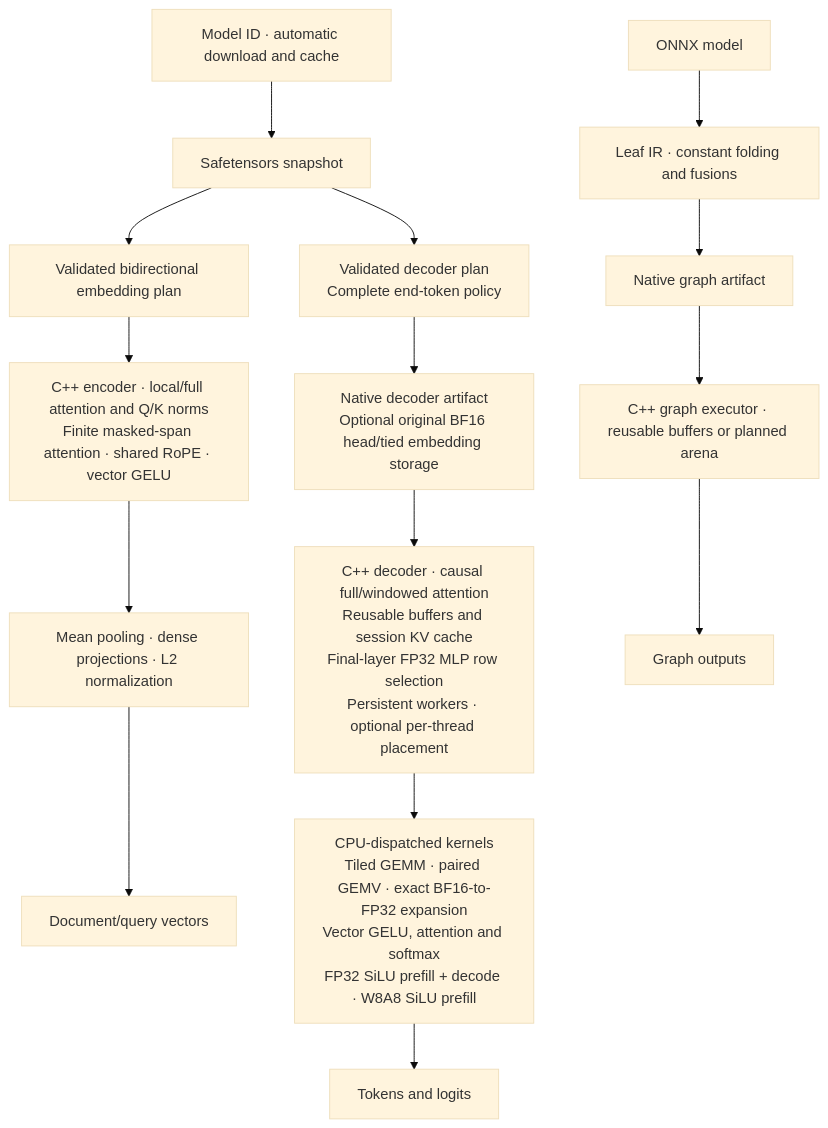
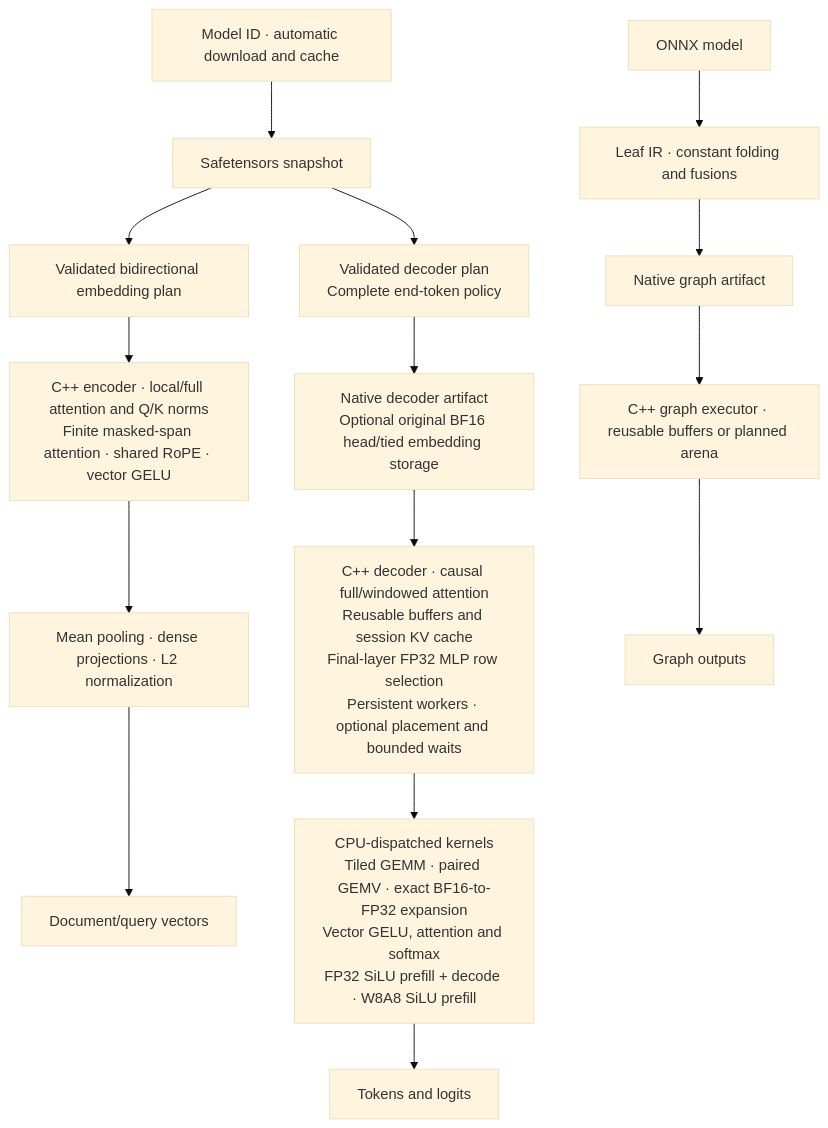
Before and after one commit to Nbit-51/Leaf: the first of 2 diagrams in README.md, drawn with Mermaid (base theme). The commit also changed other lines of this file and 17 other files, not shown here.

````diff
--- a/README.md
+++ b/README.md
@@ -152,17 +152,17 @@
 ```mermaid
 flowchart TB
     H["Model ID · automatic download and cache"] --> S["Safetensors snapshot"]
     S --> P["Validated decoder plan<br/>Complete end-token policy"]
     S --> B["Validated bidirectional embedding plan"]
     B --> N["C++ encoder · local/full attention and Q/K norms<br/>Finite masked-span attention · shared RoPE · vector GELU"]
     N --> V["Mean pooling · dense projections · L2 normalization"]
     V --> F["Document/query vectors"]
     O["ONNX model"] --> G["Leaf IR · constant folding and fusions"]
     P --> D["Native decoder artifact<br/>Optional original BF16 head/tied embedding storage"]
     G --> A["Native graph artifact"]
-    D --> R["C++ decoder · causal full/windowed attention<br/>Reusable buffers and session KV cache<br/>Final-layer FP32 MLP row selection<br/>Persistent workers · optional per-thread placement"]
+    D --> R["C++ decoder · causal full/windowed attention<br/>Reusable buffers and session KV cache<br/>Final-layer FP32 MLP row selection<br/>Persistent workers · optional placement and bounded waits"]
     A --> E["C++ graph executor · reusable buffers or planned arena"]
     R --> K["CPU-dispatched kernels<br/>Tiled GEMM · paired GEMV · exact BF16-to-FP32 expansion<br/>Vector GELU, attention and softmax<br/>FP32 SiLU prefill + decode · W8A8 SiLU prefill"]
     K --> T["Tokens and logits"]
     E --> U["Graph outputs"]
 ```
````
